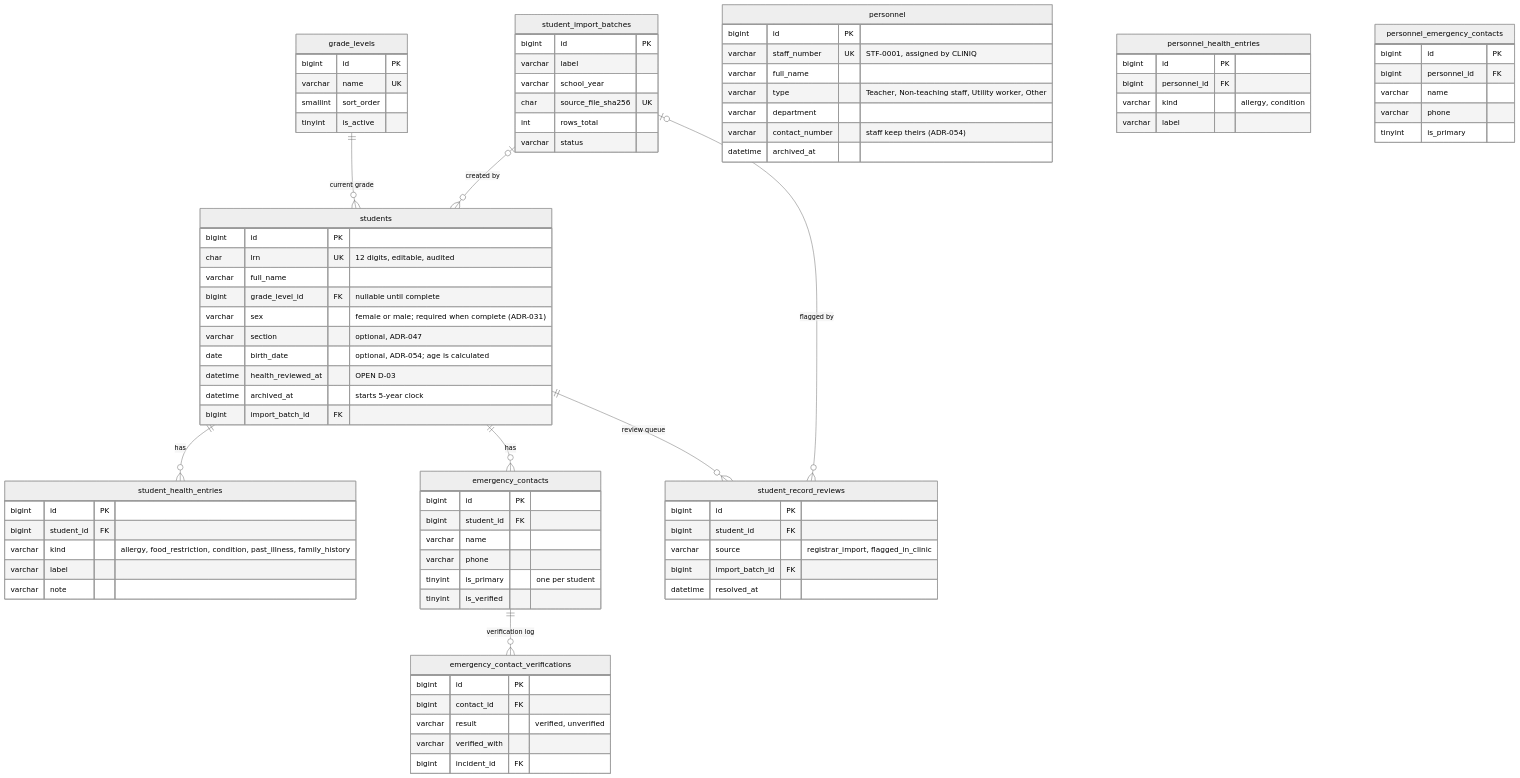
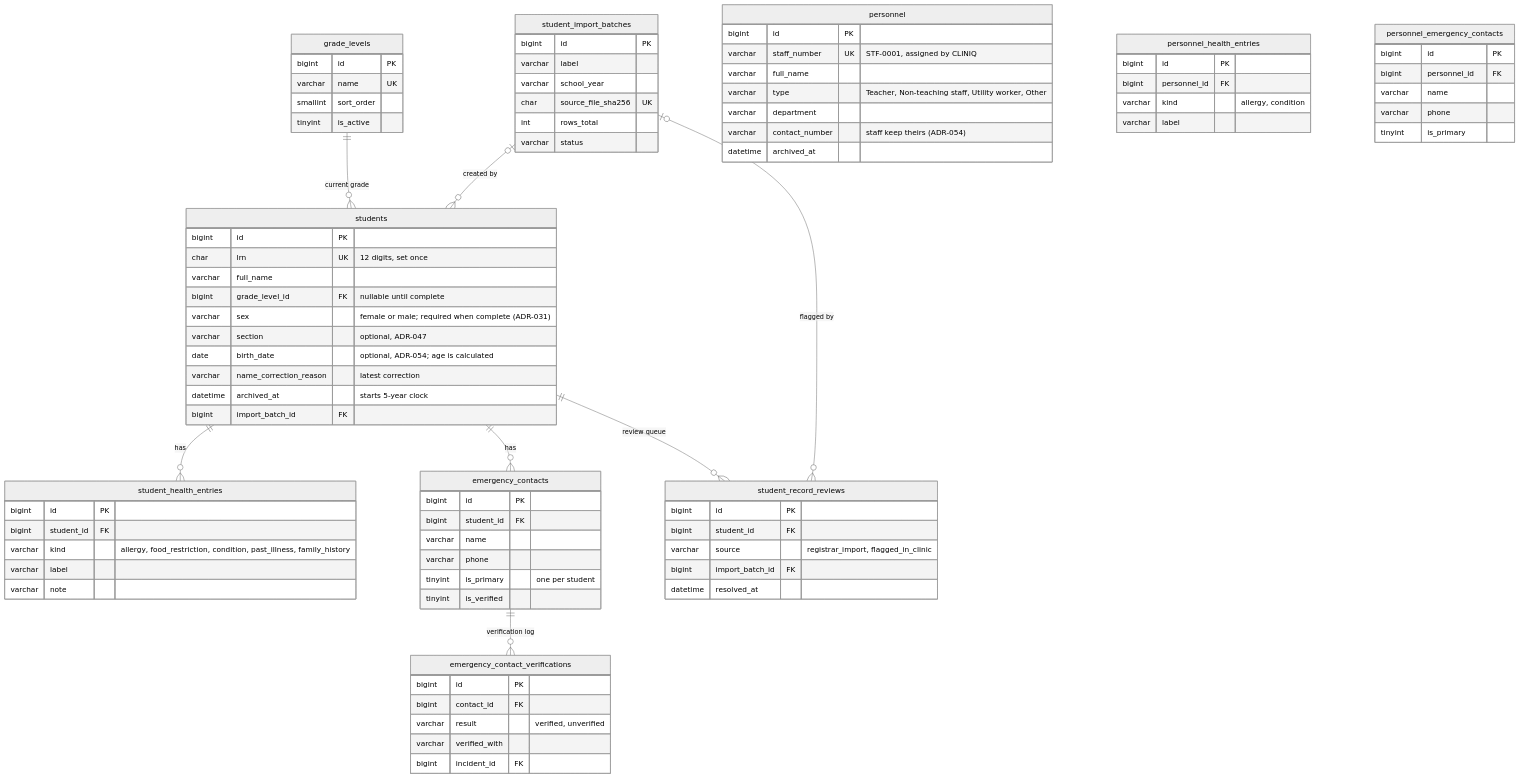
The second of 6 diagrams in CLINIQ-Knowledge-Base/02-Architecture/Database/ERD.md (zekuuu/cliniq), drawn with Mermaid (neutral theme) before and after one commit. The commit also changed other lines of this file and 4 other files, not shown here.

Commit message:
docs(erd): close the review gaps in the schema and dictionary

```diff
--- a/CLINIQ-Knowledge-Base/02-Architecture/Database/ERD.md
+++ b/CLINIQ-Knowledge-Base/02-Architecture/Database/ERD.md
@@ -178,13 +177,13 @@
     }
     students {
         bigint id PK
-        char lrn UK "12 digits, editable, audited"
+        char lrn UK "12 digits, set once"
         varchar full_name
         bigint grade_level_id FK "nullable until complete"
         varchar sex "female or male; required when complete (ADR-031)"
         varchar section "optional, ADR-047"
         date birth_date "optional, ADR-054; age is calculated"
-        datetime health_reviewed_at "OPEN D-03"
+        varchar name_correction_reason "latest correction"
         datetime archived_at "starts 5-year clock"
         bigint import_batch_id FK
     }
```
